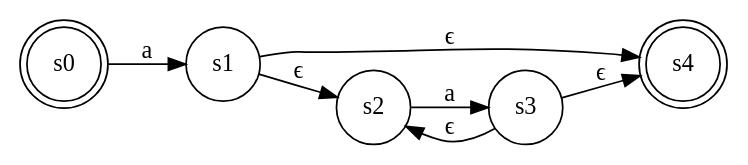
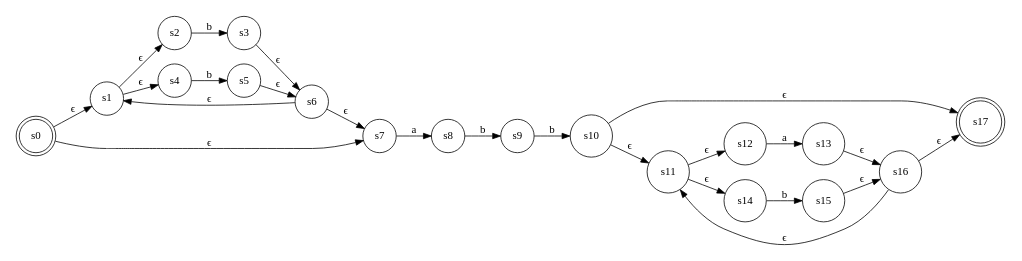
One commit to amado-developer/PLD_UVG changed the diagram in Project_1_Java/AFN.gv. Above: the diagram before and after it, drawn with Graphviz. The commit also changed 5 other files, not shown here.

```diff
--- a/Project_1_Java/AFN.gv
+++ b/Project_1_Java/AFN.gv
@@ -1,20 +1,54 @@
 digraph finite_state_machine {
 	rankdir=LR size="8,5"
 	node [shape=doublecircle]
 	s0
-	s4
+	s17
 
 	node [shape=circle]
-	s0 -> s1 [label=a
-]
+	s0 -> s1 [label="ϵ
+"]
+	s0 -> s7 [label="ϵ
+"]
 	s1 -> s2 [label="ϵ
 "]
 	s1 -> s4 [label="ϵ
 "]
-	s2 -> s3 [label=a
+	s2 -> s3 [label=b
 ]
-	s3 -> s4 [label="ϵ
+	s3 -> s6 [label="ϵ
 "]
-	s3 -> s2 [label="ϵ
+	s4 -> s5 [label=b
+]
+	s5 -> s6 [label="ϵ
+"]
+	s6 -> s7 [label="ϵ
+"]
+	s6 -> s1 [label="ϵ
+"]
+	s7 -> s8 [label=a
+]
+	s8 -> s9 [label=b
+]
+	s9 -> s10 [label=b
+]
+	s10 -> s11 [label="ϵ
+"]
+	s10 -> s17 [label="ϵ
+"]
+	s11 -> s12 [label="ϵ
+"]
+	s11 -> s14 [label="ϵ
+"]
+	s12 -> s13 [label=a
+]
+	s13 -> s16 [label="ϵ
+"]
+	s14 -> s15 [label=b
+]
+	s15 -> s16 [label="ϵ
+"]
+	s16 -> s17 [label="ϵ
+"]
+	s16 -> s11 [label="ϵ
 "]
 }
```
